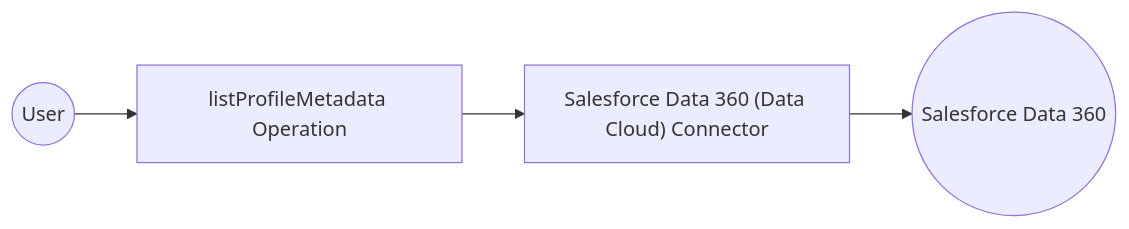
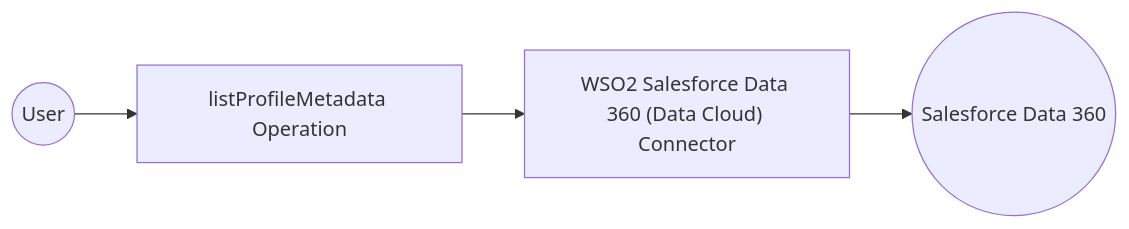
The diagram in en/docs/connectors/catalog/marketing-social/salesforce.datacloud/example.md (RDPerera/docs-integrator), drawn with Mermaid before and after one commit. The commit also changed other lines of this file and 3 other files, not shown here.

Commit message:
Call the connector the WSO2 Salesforce Data 360 (Data Cloud) Connector

````diff
--- a/en/docs/connectors/catalog/marketing-social/salesforce.datacloud/example.md
+++ b/en/docs/connectors/catalog/marketing-social/salesforce.datacloud/example.md
@@ -19,6 +19,6 @@
 ```mermaid
 flowchart LR
     A((User)) --> B[listProfileMetadata Operation]
-    B --> C["Salesforce Data 360 (Data Cloud) Connector"]
+    B --> C["WSO2 Salesforce Data 360 (Data Cloud) Connector"]
     C --> D(("Salesforce Data 360"))
 ```
````
